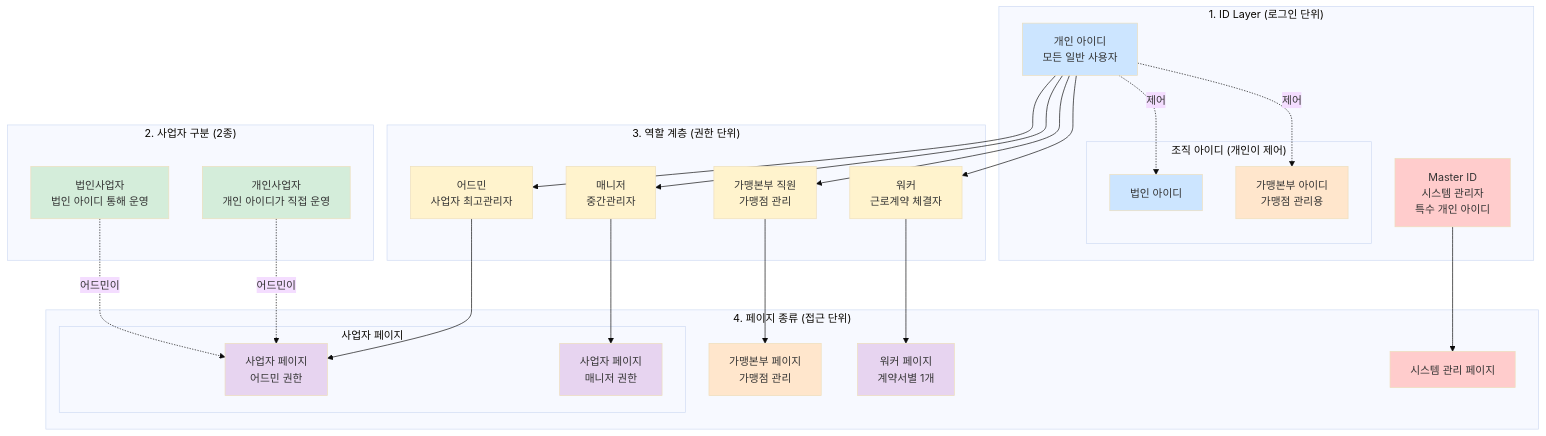
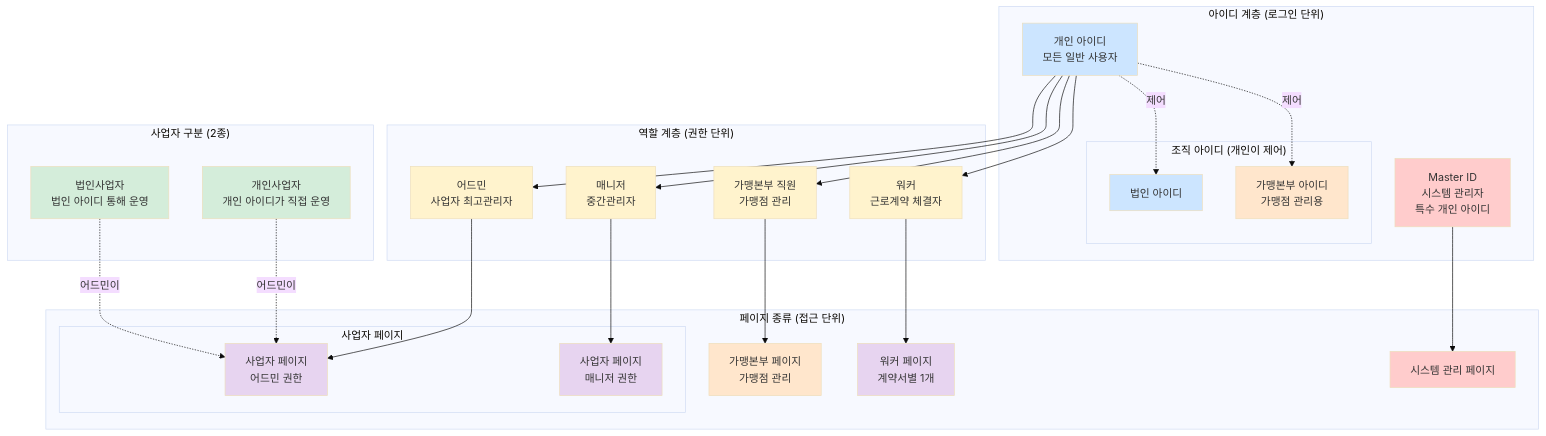
Before and after one commit to crazybass81/DOT: the first of 6 diagrams in services/attendance/user-permission-diagram.md, drawn with Mermaid (base theme).

Commit message:
[Auto-sync] 2025-09-03 04:03:14

````diff
--- a/services/attendance/user-permission-diagram.md
+++ b/services/attendance/user-permission-diagram.md
@@ -5,65 +5,65 @@
 ```mermaid
 graph TB
-    subgraph "1. ID Layer (로그인 단위)"
+    subgraph "아이디 계층 (로그인 단위)"
         Master[Master ID<br/>시스템 관리자<br/>특수 개인 아이디]
         PersonalID[개인 아이디<br/>모든 일반 사용자]
         
         subgraph "조직 아이디 (개인이 제어)"
             CorpID[법인 아이디]
             FranchiseID[가맹본부 아이디<br/>가맹점 관리용]
         end
     end
     
-    subgraph "2. 사업자 구분 (2종)"
+    subgraph "사업자 구분 (2종)"
         IndivBiz[개인사업자<br/>개인 아이디가 직접 운영]
         CorpBiz[법인사업자<br/>법인 아이디 통해 운영]
     end
     
-    subgraph "3. 역할 계층 (권한 단위)"
+    subgraph "역할 계층 (권한 단위)"
         WorkerRole[워커<br/>근로계약 체결자]
         AdminRole[어드민<br/>사업자 최고관리자]
         ManagerRole[매니저<br/>중간관리자]
         FranchiseRole[가맹본부 직원<br/>가맹점 관리]
     end
     
-    subgraph "4. 페이지 종류 (접근 단위)"
+    subgraph "페이지 종류 (접근 단위)"
         subgraph "사업자 페이지"
             BizPageAdmin[사업자 페이지<br/>어드민 권한]
             BizPageManager[사업자 페이지<br/>매니저 권한]
         end
         
         FranchisePage[가맹본부 페이지<br/>가맹점 관리]
         WorkerPage[워커 페이지<br/>계약서별 1개]
         SystemPage[시스템 관리 페이지]
     end
     
     Master --> SystemPage
     PersonalID --> WorkerRole
     PersonalID --> AdminRole
     PersonalID --> ManagerRole
     PersonalID --> FranchiseRole
     PersonalID -.제어.-> CorpID
     PersonalID -.제어.-> FranchiseID
     
     AdminRole --> BizPageAdmin
     ManagerRole --> BizPageManager
     FranchiseRole --> FranchisePage
     WorkerRole --> WorkerPage
     
     IndivBiz -.어드민이.-> BizPageAdmin
     CorpBiz -.어드민이.-> BizPageAdmin
     
     classDef masterClass fill:#ffcccc
     classDef idClass fill:#cce5ff
     classDef bizClass fill:#d4edda
     classDef roleClass fill:#fff3cd
     classDef pageClass fill:#e7d4f0
     classDef franchiseClass fill:#ffe6cc
     
     class Master,SystemPage masterClass
     class PersonalID,CorpID,FranchiseID idClass
     class IndivBiz,CorpBiz bizClass
     class WorkerRole,AdminRole,ManagerRole,FranchiseRole roleClass
     class BizPageAdmin,BizPageManager,WorkerPage pageClass
     class FranchisePage,FranchiseID franchiseClass
 ```
````
